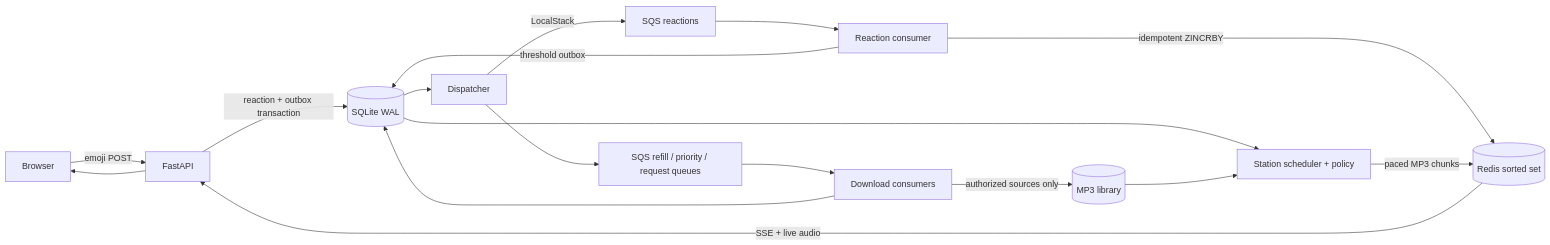
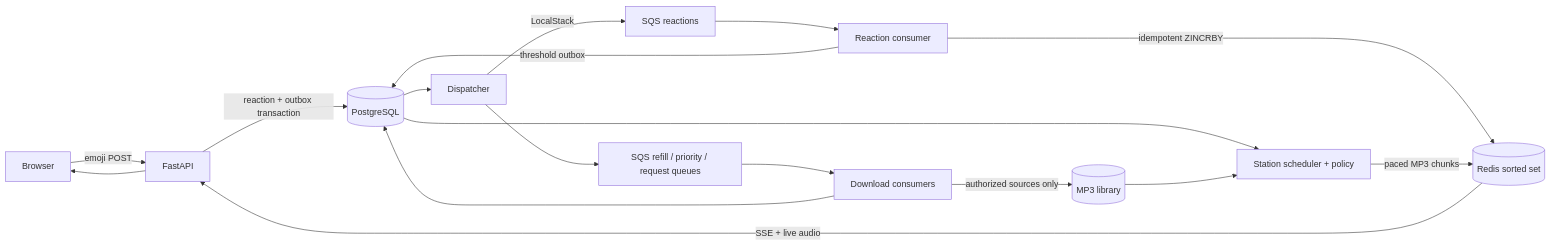
Before and after one commit to lotusbaba/radioworkx: the diagram in docs/SYSTEM_DESIGN.md, drawn with Mermaid. The commit also changed other lines of this file and 62 other files, not shown here.

````diff
--- a/docs/SYSTEM_DESIGN.md
+++ b/docs/SYSTEM_DESIGN.md
@@ -138,19 +138,19 @@
 ```mermaid
 flowchart LR
     Browser -->|emoji POST| API[FastAPI]
-    API -->|reaction + outbox transaction| DB[(SQLite WAL)]
+    API -->|reaction + outbox transaction| DB[(PostgreSQL)]
     DB --> Dispatcher
     Dispatcher -->|LocalStack| RQ[SQS reactions]
     RQ --> RC[Reaction consumer]
     RC -->|idempotent ZINCRBY| Redis[(Redis sorted set)]
     RC -->|threshold outbox| DB
     Dispatcher --> DQ[SQS refill / priority / request queues]
     DQ --> DC[Download consumers]
     DC -->|authorized sources only| Library[(MP3 library)]
     DC --> DB
     DB --> Scheduler[Station scheduler + policy]
     Library --> Scheduler
     Scheduler -->|paced MP3 chunks| Redis
     Redis -->|SSE + live audio| API
     API --> Browser
 ```
````
